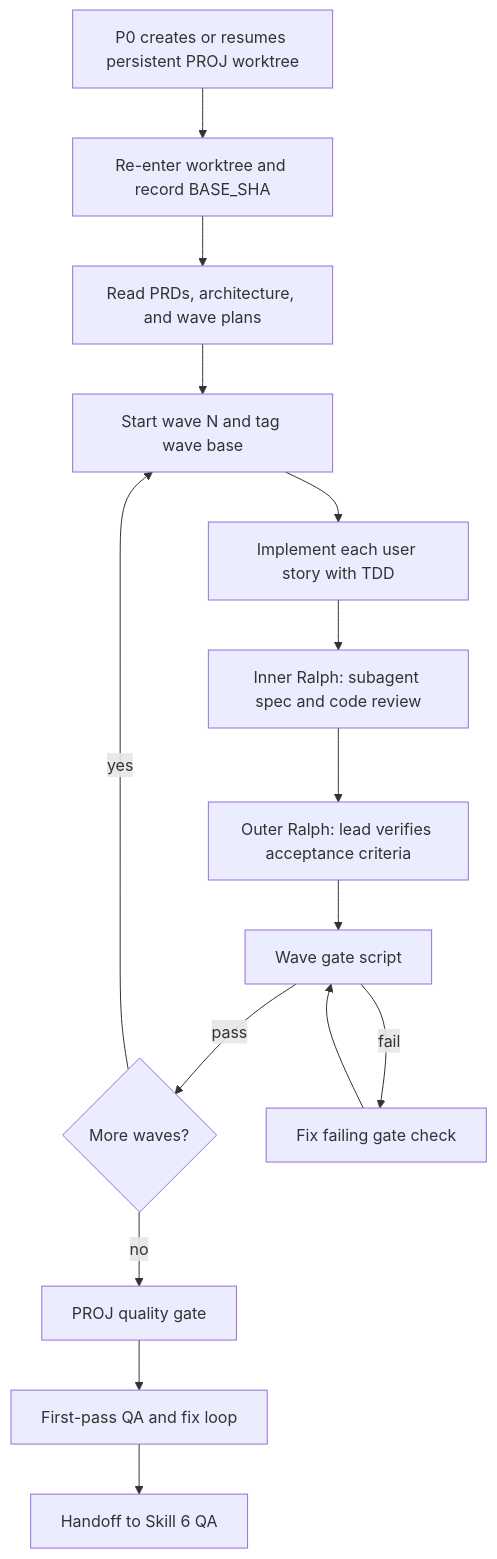
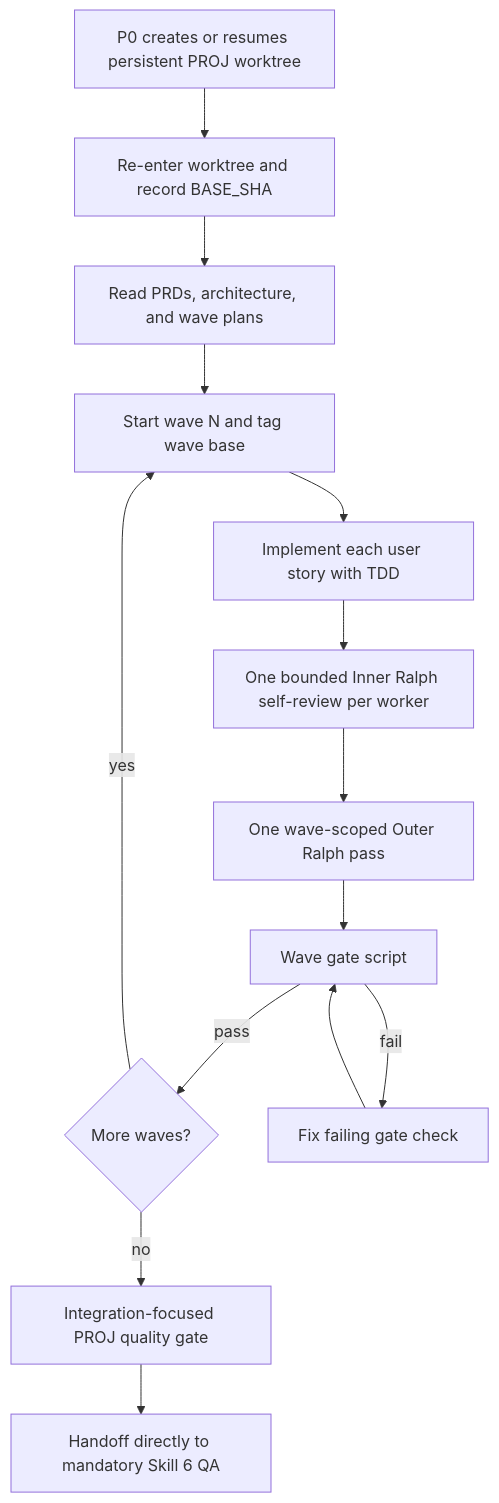
The second of 3 diagrams in docs/executing-skill.md (silviobeer/agentic-development-skill-chain), drawn with Mermaid before and after one commit. The commit also changed other lines of this file and 25 other files, not shown here.

First line of the commit message:
feat(PROJ-1,PROJ-2): subagent-first delegation and wave-scoped Ralph

````diff
--- a/docs/executing-skill.md
+++ b/docs/executing-skill.md
@@ -35,17 +35,16 @@
 ```mermaid
 flowchart TD
   A[P0 creates or resumes persistent PROJ worktree] --> B[Re-enter worktree and record BASE_SHA]
   B --> C[Read PRDs, architecture, and wave plans]
   C --> D[Start wave N and tag wave base]
   D --> E[Implement each user story with TDD]
-  E --> F[Inner Ralph: subagent spec and code review]
-  F --> G[Outer Ralph: lead verifies acceptance criteria]
+  E --> F[One bounded Inner Ralph self-review per worker]
+  F --> G[One wave-scoped Outer Ralph pass]
   G --> H[Wave gate script]
   H -->|pass| I{More waves?}
   H -->|fail| J[Fix failing gate check]
   J --> H
   I -->|yes| D
-  I -->|no| K[PROJ quality gate]
-  K --> L[First-pass QA and fix loop]
-  L --> M[Handoff to Skill 6 QA]
+  I -->|no| K[Integration-focused PROJ quality gate]
+  K --> M[Handoff directly to mandatory Skill 6 QA]
 ```
````
